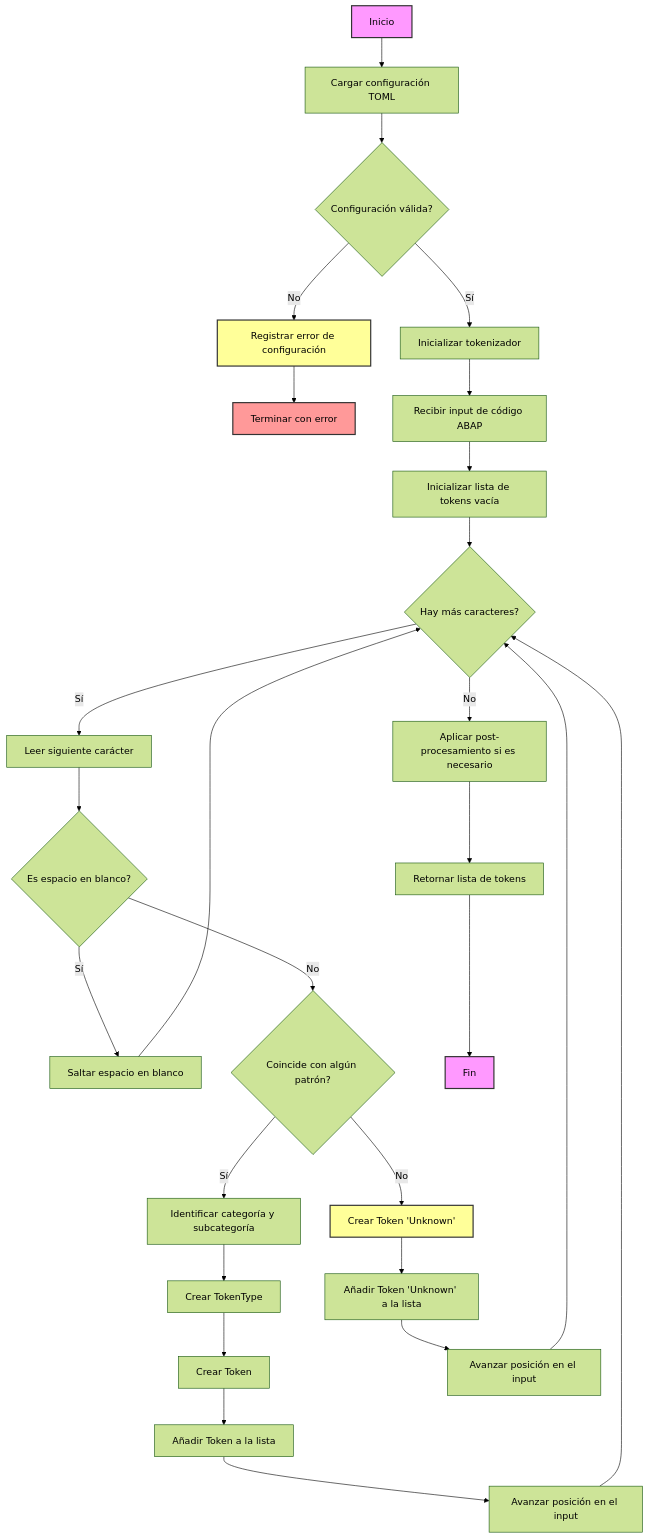
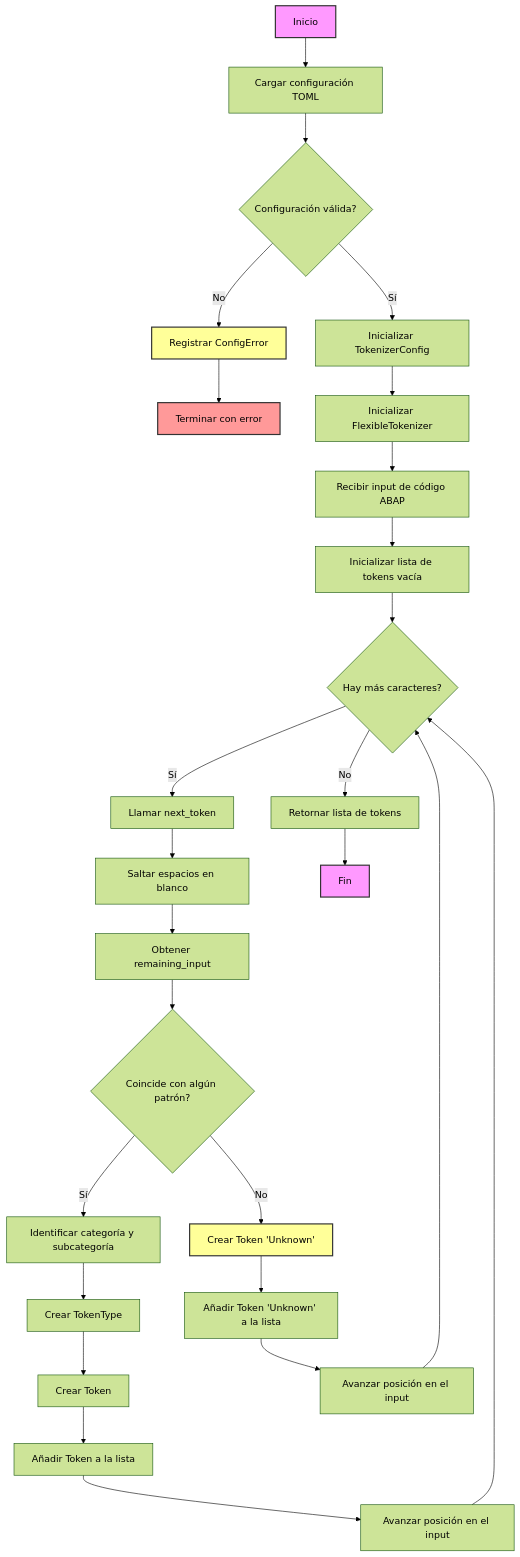
One commit to hsanpaz/abap-tokenizer changed the fourth of 4 diagrams in README.md. Above: the diagram before and after it, drawn with Mermaid (forest theme). The commit also changed other lines of this file, not shown here.

````diff
--- a/README.md
+++ b/README.md
@@ -670,37 +772,35 @@
 ```mermaid
-
 graph TD
     A[Inicio] --> B[Cargar configuración TOML]
     B --> C{Configuración válida?}
-    C -->|No| D[Registrar error de configuración]
+    C -->|No| D[Registrar ConfigError]
     D --> E[Terminar con error]
-    C -->|Sí| F[Inicializar tokenizador]
-    F --> G[Recibir input de código ABAP]
-    G --> H[Inicializar lista de tokens vacía]
-    H --> I{Hay más caracteres?}
-    I -->|Sí| J[Leer siguiente carácter]
-    J --> K{Es espacio en blanco?}
-    K -->|Sí| L[Saltar espacio en blanco]
-    L --> I
-    K -->|No| M{Coincide con algún patrón?}
-    M -->|Sí| N[Identificar categoría y subcategoría]
-    N --> O[Crear TokenType]
-    O --> P[Crear Token]
-    P --> Q[Añadir Token a la lista]
-    Q --> R[Avanzar posición en el input]
-    R --> I
-    M -->|No| S[Crear Token 'Unknown']
-    S --> T[Añadir Token 'Unknown' a la lista]
-    T --> U[Avanzar posición en el input]
-    U --> I
-    I -->|No| V[Aplicar post-procesamiento si es necesario]
-    V --> W[Retornar lista de tokens]
+    C -->|Sí| F[Inicializar TokenizerConfig]
+    F --> G[Inicializar FlexibleTokenizer]
+    G --> H[Recibir input de código ABAP]
+    H --> I[Inicializar lista de tokens vacía]
+    I --> J{Hay más caracteres?}
+    J -->|Sí| K[Llamar next_token]
+    K --> L[Saltar espacios en blanco]
+    L --> M[Obtener remaining_input]
+    M --> N{Coincide con algún patrón?}
+    N -->|Sí| O[Identificar categoría y subcategoría]
+    O --> P[Crear TokenType]
+    P --> Q[Crear Token]
+    Q --> R[Añadir Token a la lista]
+    R --> S[Avanzar posición en el input]
+    S --> J
+    N -->|No| T[Crear Token 'Unknown']
+    T --> U[Añadir Token 'Unknown' a la lista]
+    U --> V[Avanzar posición en el input]
+    V --> J
+    J -->|No| W[Retornar lista de tokens]
     W --> X[Fin]
 
     style A fill:#f9f,stroke:#333,stroke-width:2px
     style E fill:#f99,stroke:#333,stroke-width:2px
     style X fill:#f9f,stroke:#333,stroke-width:2px
     style D fill:#ff9,stroke:#333,stroke-width:2px
-    style S fill:#ff9,stroke:#333,stroke-width:2px
+    style T fill:#ff9,stroke:#333,stroke-width:2px
 
 ```
````
